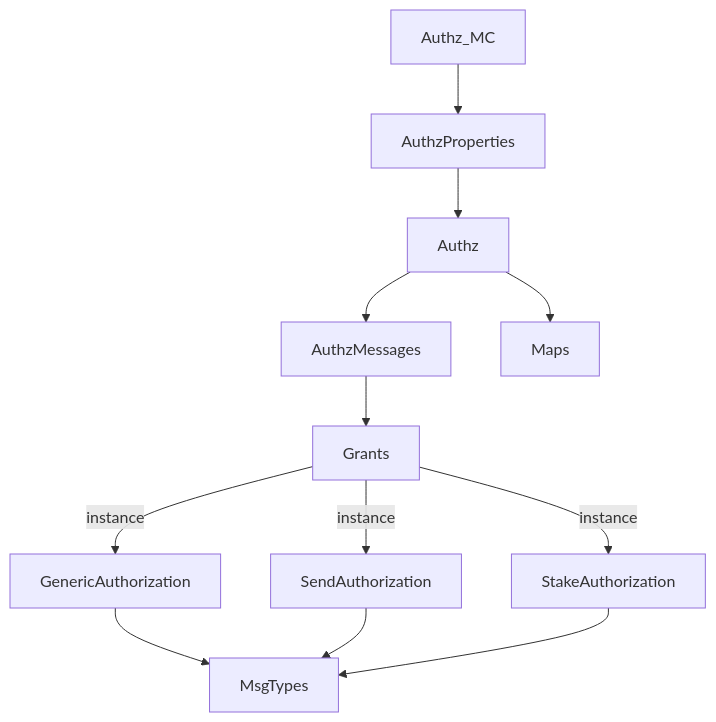
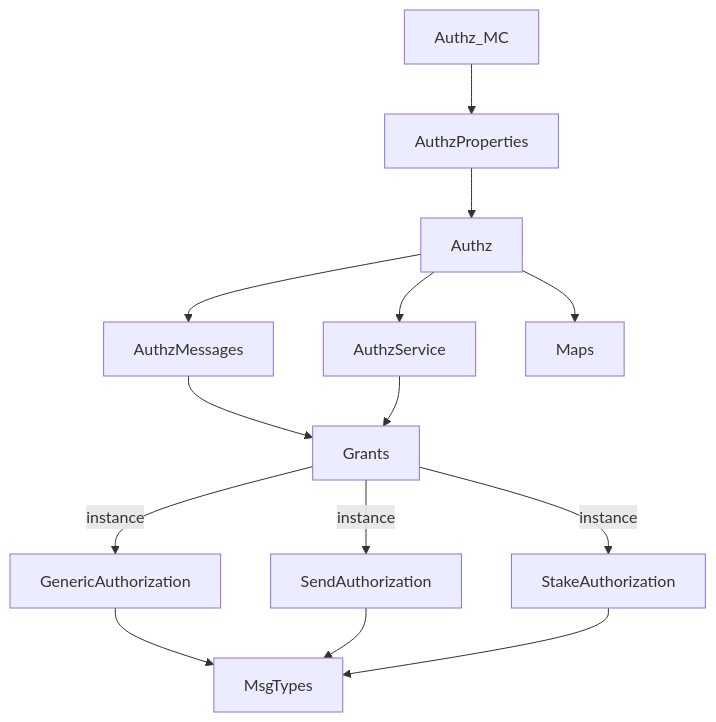
The diagram in models/authz/docs/module_dependencies.md (informalsystems/atomkraft-cosmos), drawn with Mermaid before and after one commit. The commit also changed 4 other files, not shown here.

Commit message:
Extract AuthzService from Authz

````diff
--- a/models/authz/docs/module_dependencies.md
+++ b/models/authz/docs/module_dependencies.md
@@ -3,6 +3,6 @@
 ```mermaid
 flowchart TB
     Authz_MC --> AuthzProperties --> Authz --> AuthzMessages --> Grants
-    Authz --> Maps
-    Grants -->|instance| GenericAuthorization & SendAuthorization & StakeAuthorization --> MsgTypes
+    Authz --> AuthzService & Maps
+    AuthzService --> Grants -->|instance| GenericAuthorization & SendAuthorization & StakeAuthorization --> MsgTypes
 ```
````
